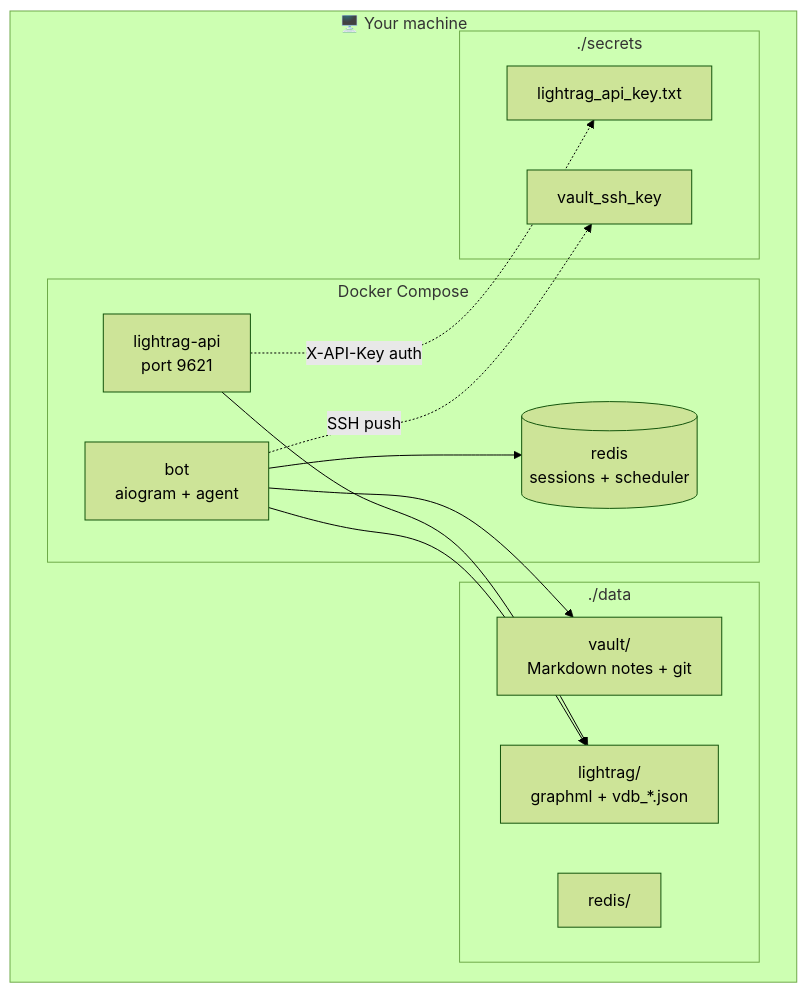
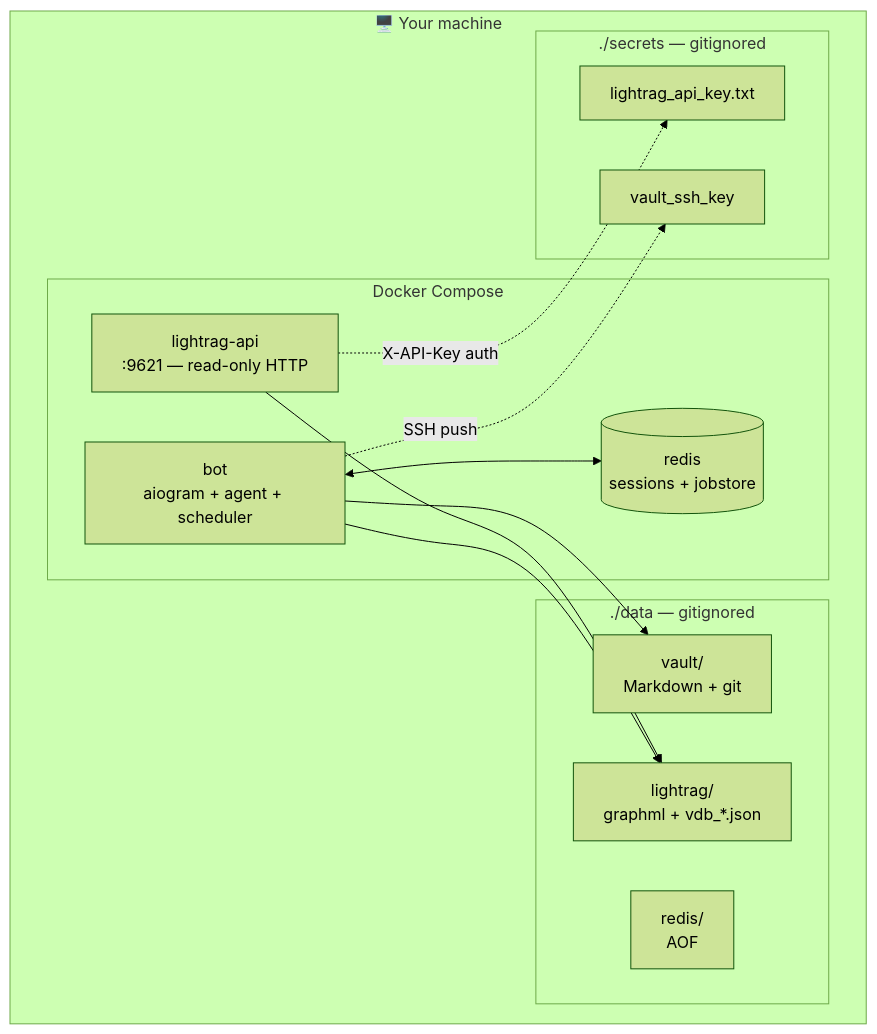
One commit to komrxn/Mnemo changed the second of 2 diagrams in README.md. Above: the diagram before and after it, drawn with Mermaid (forest theme). The commit also changed other lines of this file and 35 other files, not shown here.

````diff
--- a/README.md
+++ b/README.md
@@ -135,26 +174,26 @@
 ```mermaid
 flowchart TB
     subgraph host[🖥️ Your machine]
         subgraph docker[Docker Compose]
-            BOT[bot<br/>aiogram + agent]
-            LR[lightrag-api<br/>port 9621]
-            RD[(redis<br/>sessions + scheduler)]
+            BOT[bot<br/>aiogram + agent + scheduler]
+            LR[lightrag-api<br/>:9621 — read-only HTTP]
+            RD[(redis<br/>sessions + jobstore)]
         end
-        subgraph data[./data]
-            VV[vault/<br/>Markdown notes + git]
+        subgraph data[./data — gitignored]
+            VV[vault/<br/>Markdown + git]
             LL[lightrag/<br/>graphml + vdb_*.json]
-            RR[redis/]
+            RR[redis/<br/>AOF]
         end
-        subgraph secrets[./secrets]
+        subgraph secrets[./secrets — gitignored]
             SK[lightrag_api_key.txt]
             VK[vault_ssh_key]
         end
     end
 
-    BOT --> RD
+    BOT <--> RD
     BOT --> VV
     BOT --> LL
     LR --> LL
     LR -.X-API-Key auth.-> SK
     BOT -.SSH push.-> VK
 ```
````
